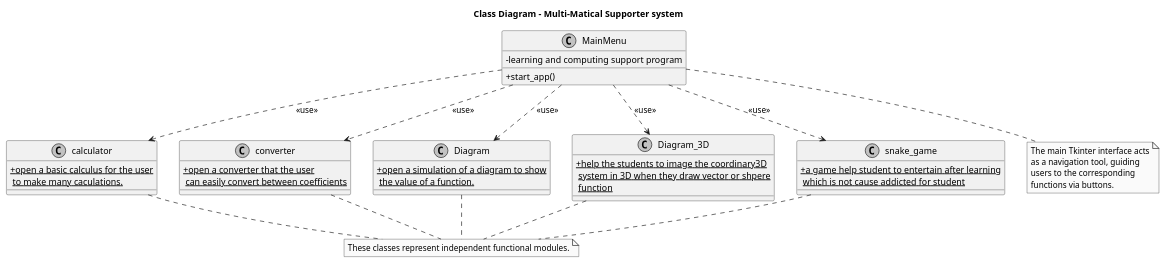
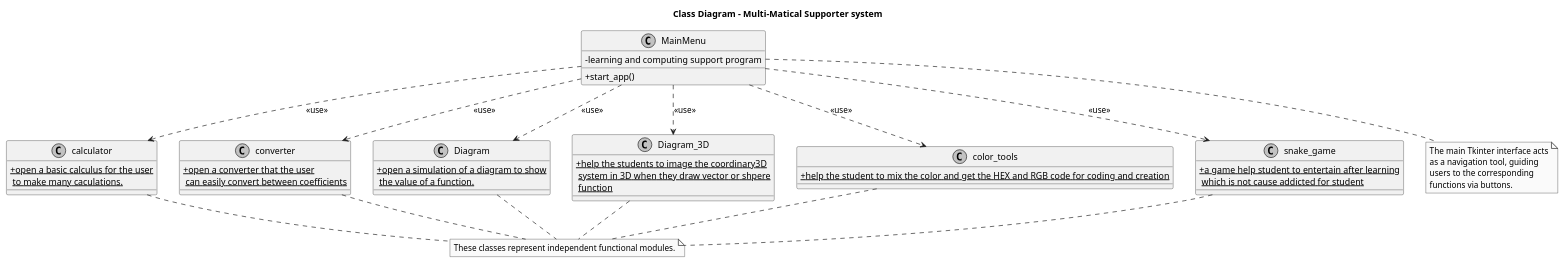
The diagram in computing_support_program.puml (sgamings182-lang/chungtoiyeulaptrinh), drawn with PlantUML before and after one commit.

Commit message:
update uml

```diff
--- a/computing_support_program.puml
+++ b/computing_support_program.puml
@@ -1,54 +1,60 @@
 @startuml
 skinparam classAttributeIconSize 0
 skinparam monochrome true
 skinparam shadowing false
 
 title Class Diagram - Multi-Matical Supporter system
 
 class MainMenu {
   - learning and computing support program
   + start_app()
 }
 
 class calculator {
   + {static} open a basic calculus for the user\n to make many caculations.
 }
 
 class converter {
   + {static} open a converter that the user\n can easily convert between coefficients
 }
 
 class Diagram {
   + {static} open a simulation of a diagram to show\n the value of a function.
 }
 
 class Diagram_3D {
   + {static} help the students to image the coordinary3D\n system in 3D when they draw vector or shpere\n function
 }
 
+class color_tools {
+  + {static} help the student to mix the color and get the HEX and RGB code for coding and creation
+}
+
 class snake_game {
   + {static} a game help student to entertain after learning\n which is not cause addicted for student
 }
 
 ' Quan hệ phụ thuộc (Dependency) từ Menu chính gọi đến các module chức năng
 MainMenu ..> calculator : <<use>>
 MainMenu ..> converter : <<use>>
 MainMenu ..> Diagram : <<use>>
 MainMenu ..> Diagram_3D : <<use>>
 MainMenu ..> snake_game : <<use>>
+MainMenu ..> color_tools : <<use>>
 
 note bottom of MainMenu
   The main Tkinter interface acts
   as a navigation tool, guiding
   users to the corresponding
   functions via buttons.
 end note
 
 note "These classes represent independent functional modules." as N1
 calculator .. N1
 converter .. N1
 Diagram .. N1
 Diagram_3D .. N1
 snake_game .. N1
+color_tools .. N1
 
 @enduml
```
